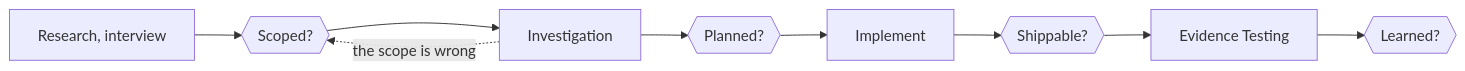
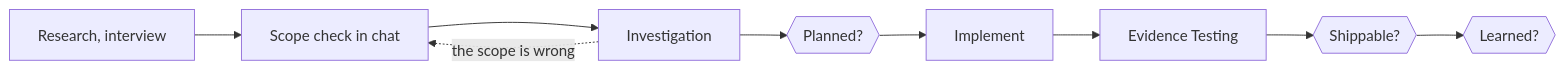
One commit to alexradunet/forge-engineering changed the second of 3 diagrams in README.md. Above: the diagram before and after it, drawn with Mermaid. The commit also changed other lines of this file and 54 other files, not shown here.

````diff
--- a/README.md
+++ b/README.md
@@ -186,6 +187,6 @@
 ```mermaid
 flowchart LR
-  R[Research, interview] --> S{{Scoped?}} --> I[Investigation] --> P{{Planned?}}
-  P --> C[Implement] --> SH{{Shippable?}} --> E[Evidence Testing] --> L{{Learned?}}
+  R[Research, interview] --> S[Scope check in chat] --> I[Investigation] --> P{{Planned?}}
+  P --> C[Implement] --> E[Evidence Testing] --> SH{{Shippable?}} --> L{{Learned?}}
   I -. the scope is wrong .-> S
 ```
````
